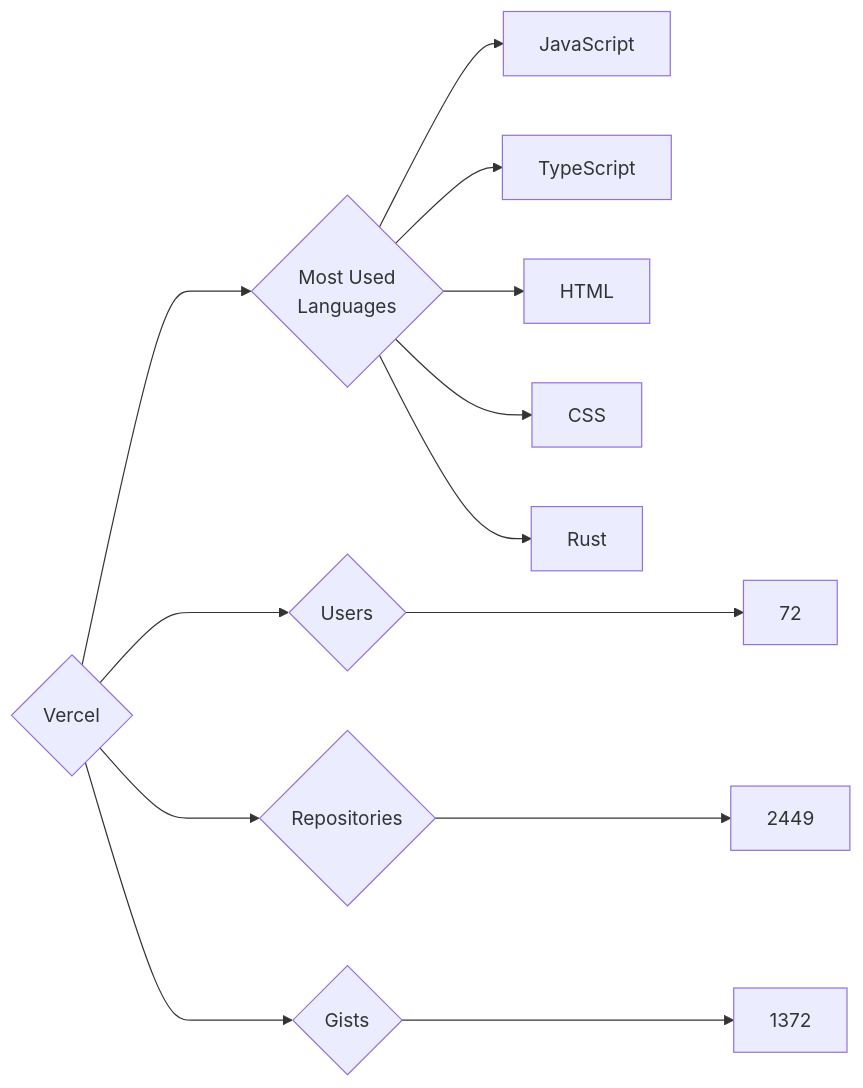
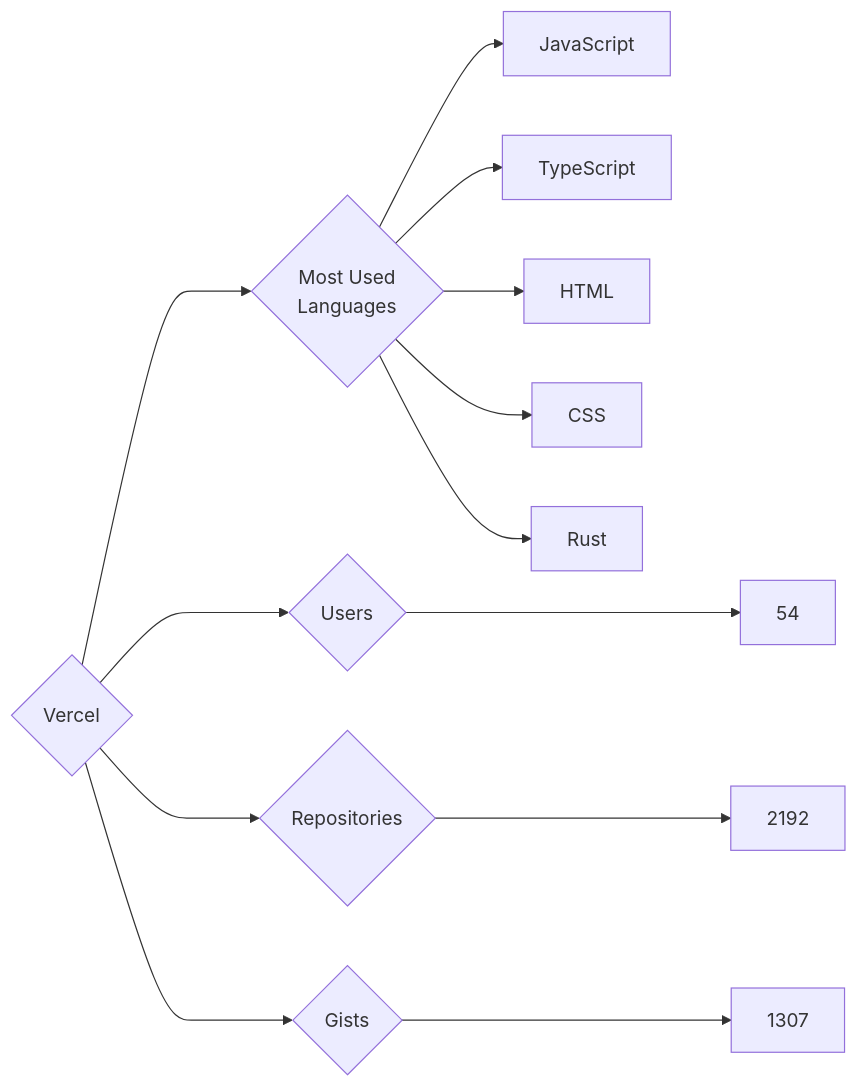
Before and after one commit to trickest/insiders: the diagram in targets/Vercel/README.md, drawn with Mermaid. The commit also changed 969 other files, not shown here.

````diff
--- a/targets/Vercel/README.md
+++ b/targets/Vercel/README.md
@@ -3,13 +3,13 @@
 ```mermaid
 graph LR
 COMPANY_NAME{Vercel}
-COMPANY_NAME ---> U{Users} ---> UN[72]
-COMPANY_NAME ---> R{Repositories} ---> RN[2449]
-COMPANY_NAME ---> G{Gists} ---> GN[1372]
+COMPANY_NAME ---> U{Users} ---> UN[54]
+COMPANY_NAME ---> R{Repositories} ---> RN[2192]
+COMPANY_NAME ---> G{Gists} ---> GN[1307]
 COMPANY_NAME ---> ML{Most Used<br>Languages}
 ML --> JavaScript[JavaScript]
 ML --> TypeScript[TypeScript]
 ML --> HTML[HTML]
 ML --> CSS[CSS]
 ML --> Rust[Rust]
 ```
````
